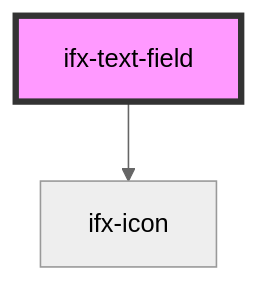
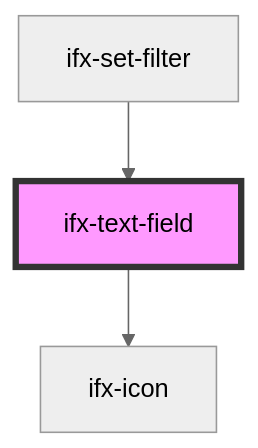
The diagram in packages/components/src/components/text-field/readme.md (Infineon/infineon-design-system-stencil), drawn with Mermaid (neutral theme) before and after one commit. The commit also changed other lines of this file and 14 other files, not shown here.

Commit message:
set-filter component added and tested within table on storybook

````diff
--- a/packages/components/src/components/text-field/readme.md
+++ b/packages/components/src/components/text-field/readme.md
@@ -52,5 +56,6 @@
 ```mermaid
 graph TD;
   ifx-text-field --> ifx-icon
+  ifx-set-filter --> ifx-text-field
   style ifx-text-field fill:#f9f,stroke:#333,stroke-width:4px
 ```
````
